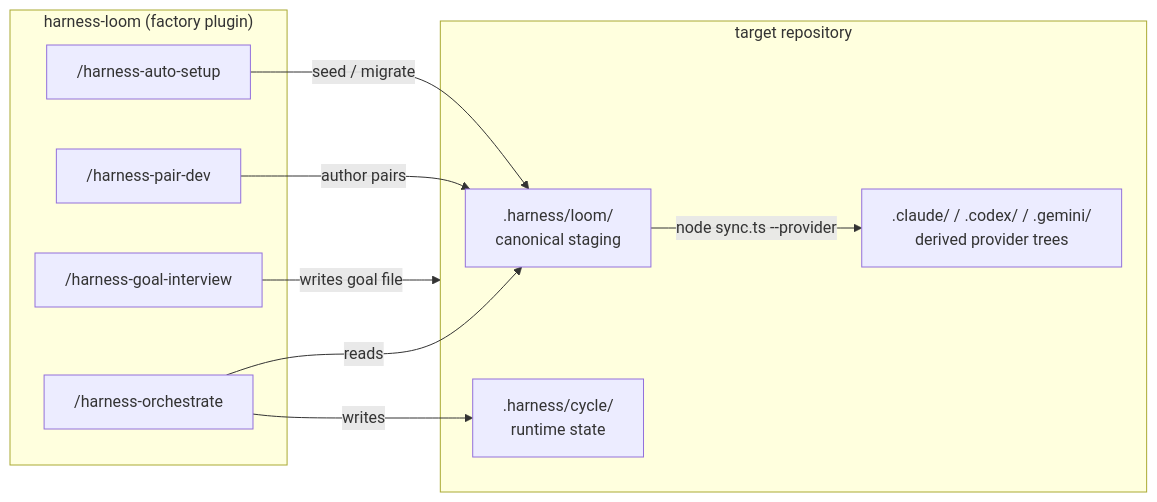
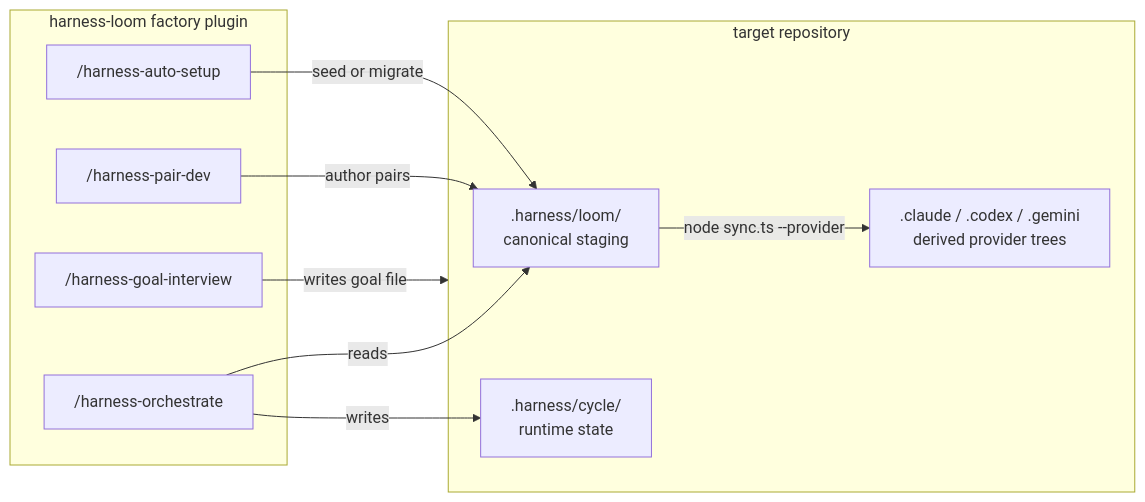
Before and after one commit to KingGyuSuh/harness-loom: the diagram in README.md, drawn with Mermaid. The commit also changed 4 other files, not shown here.

First line of the commit message:
fix(readme): make Mermaid diagram render on GitHub

````diff
--- a/README.md
+++ b/README.md
@@ -45,20 +45,20 @@
 ```mermaid
 flowchart LR
-    subgraph Factory["harness-loom (factory plugin)"]
+    subgraph Factory [harness-loom factory plugin]
         AS["/harness-auto-setup"]
         PD["/harness-pair-dev"]
         GI["/harness-goal-interview"]
         OR["/harness-orchestrate"]
     end
-    subgraph Target["target repository"]
+    subgraph Target [target repository]
         L[".harness/loom/<br/>canonical staging"]
         C[".harness/cycle/<br/>runtime state"]
-        P[".claude/ / .codex/ / .gemini/<br/>derived provider trees"]
+        P[".claude / .codex / .gemini<br/>derived provider trees"]
     end
-    AS -->|seed / migrate| L
+    AS -->|seed or migrate| L
     PD -->|author pairs| L
     GI -->|writes goal file| Target
     L -->|node sync.ts --provider| P
     OR -->|reads| L
     OR -->|writes| C
 ```
````
